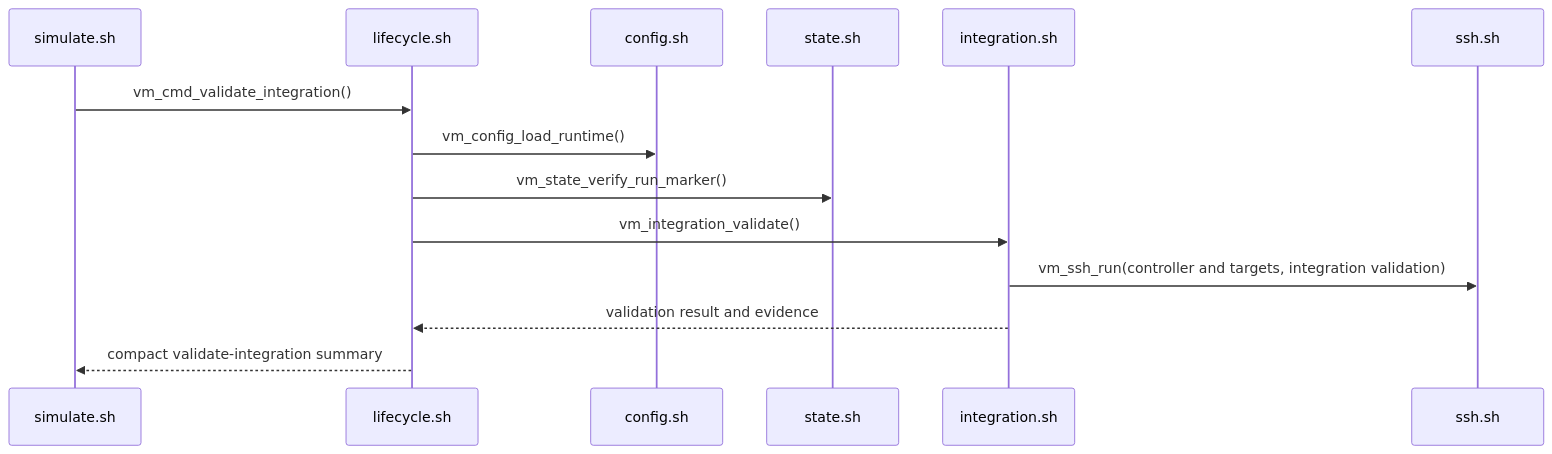
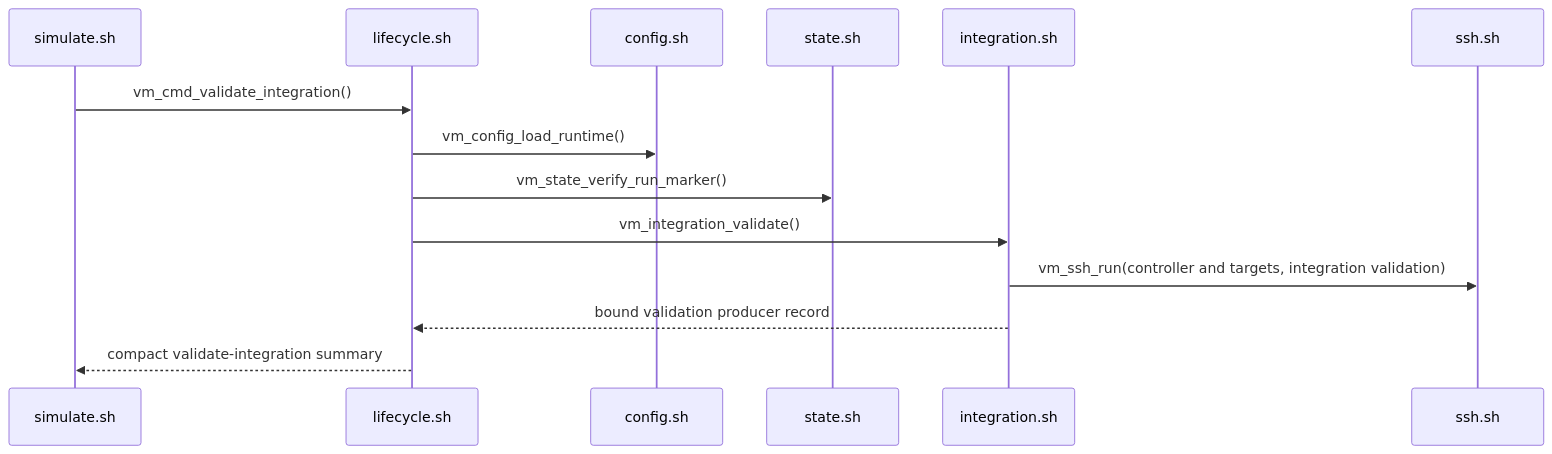
Before and after one commit to NoNine/loopforge: diagram 12 of 20 in simulation/docs/vm/command-sequences.md, drawn with Mermaid. The commit also changed other lines of this file and 43 other files, not shown here.

First line of the commit message:
Clarify producer and simulation record ownership

````diff
--- a/simulation/docs/vm/command-sequences.md
+++ b/simulation/docs/vm/command-sequences.md
@@ -258,17 +258,17 @@
 ```mermaid
 sequenceDiagram
   participant CLI as simulate.sh
   participant LC as lifecycle.sh
   participant CFG as config.sh
   participant ST as state.sh
   participant INT as integration.sh
   participant SSH as ssh.sh
 
   CLI->>LC: vm_cmd_validate_integration()
   LC->>CFG: vm_config_load_runtime()
   LC->>ST: vm_state_verify_run_marker()
   LC->>INT: vm_integration_validate()
   INT->>SSH: vm_ssh_run(controller and targets, integration validation)
-  INT-->>LC: validation result and evidence
+  INT-->>LC: bound validation producer record
   LC-->>CLI: compact validate-integration summary
 ```
````
